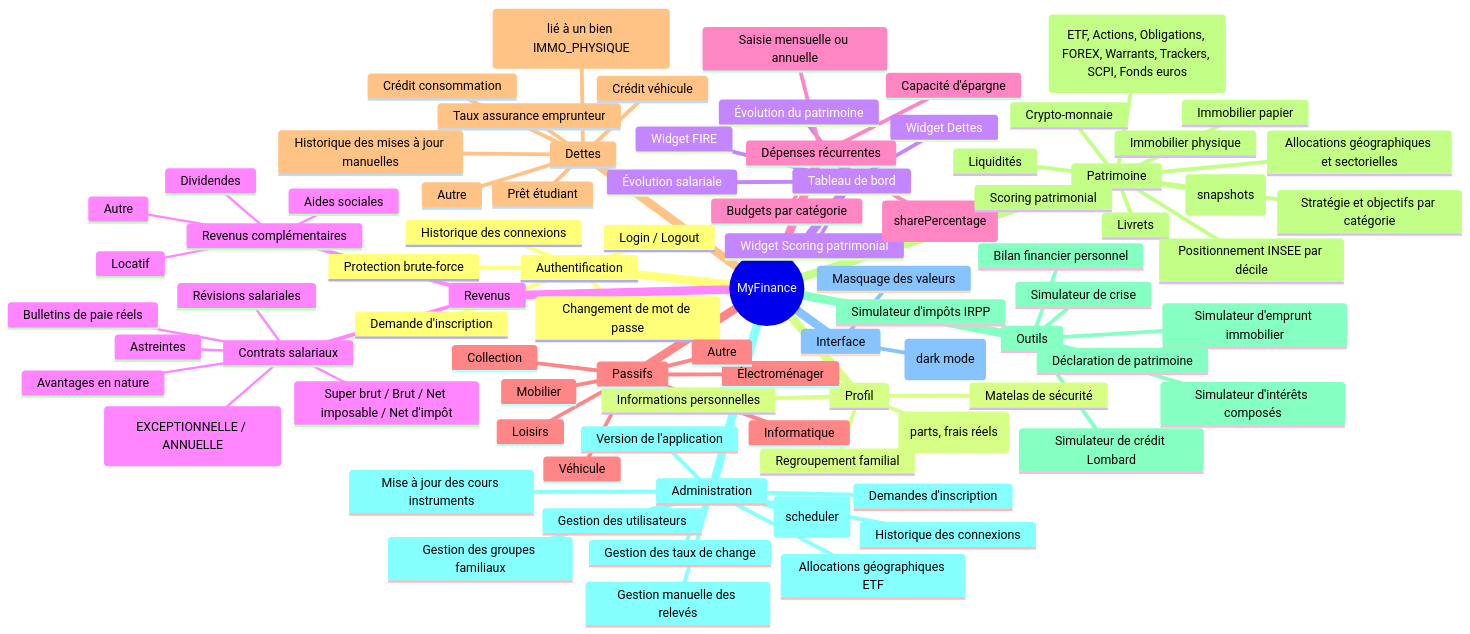
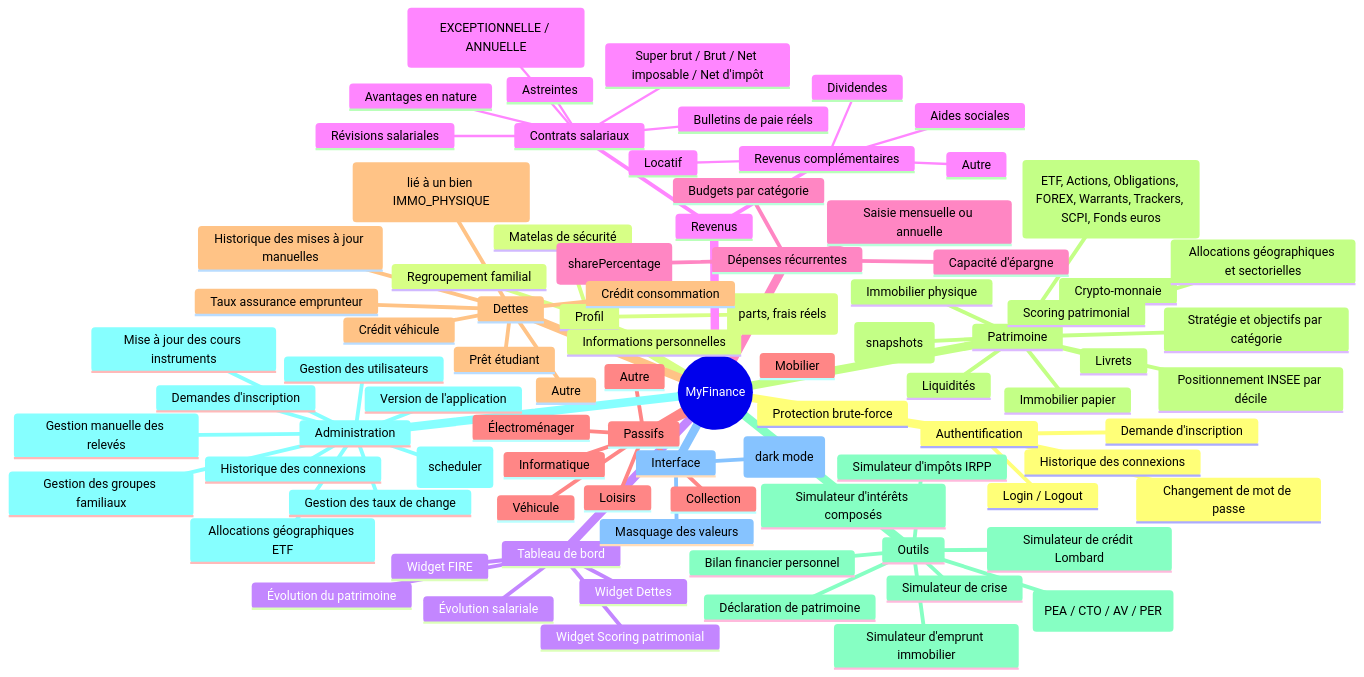
The diagram in docs/architecture/overview.md (Neogost/MyFinance), drawn with Mermaid before and after one commit. The commit also changed other lines of this file and 12 other files, not shown here.

First line of the commit message:
feat(tools): comparateur d'enveloppes fiscales PEA/CTO/AV/PER (v1.5.0)

```diff
--- a/docs/architecture/overview.md
+++ b/docs/architecture/overview.md
@@ -93,6 +93,7 @@
         Simulateur d'intérêts composés
         Simulateur d'emprunt immobilier
         Simulateur de crédit Lombard
+        Comparateur d'enveloppes fiscales (PEA / CTO / AV / PER)
         Déclaration de patrimoine
         Simulateur de crise
     Administration
```
